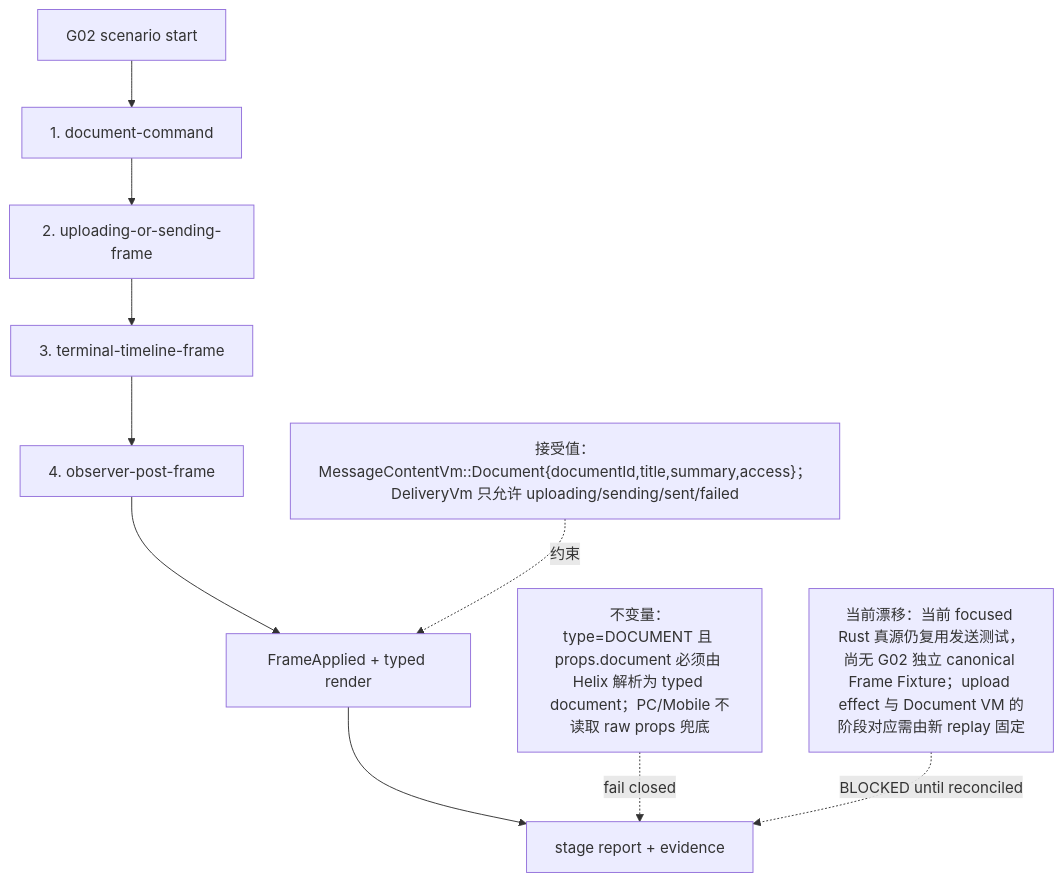
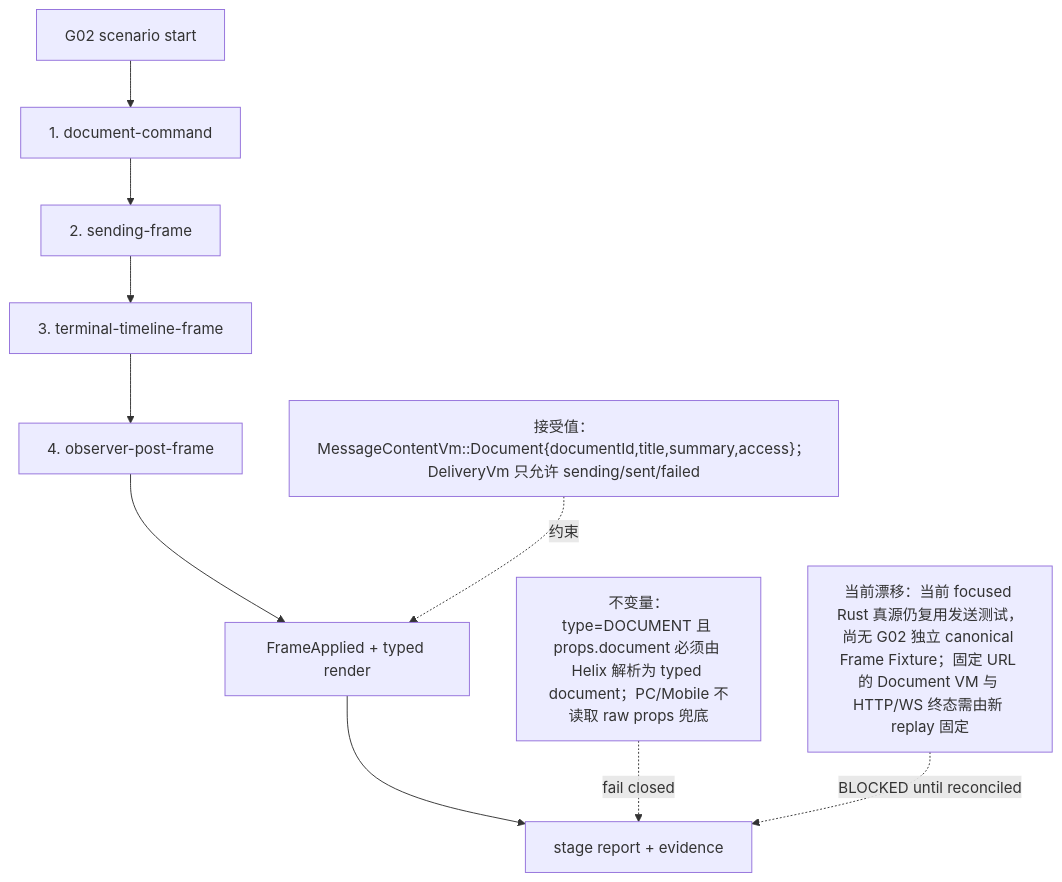
The diagram in docs/interaction-frame-v2-全量替换-按UC/G02/10-G02-Frame阶段与接受值.mmd (zxs1633079383/helix), drawn with Mermaid before and after one commit. The commit also changed 41 other files, not shown here.

```diff
--- a/docs/interaction-frame-v2-全量替换-按UC/G02/10-G02-Frame阶段与接受值.mmd
+++ b/docs/interaction-frame-v2-全量替换-按UC/G02/10-G02-Frame阶段与接受值.mmd
@@ -1,18 +1,18 @@
 flowchart TD
   START["G02 scenario start"] --> S1
   S1["1. document-command"]
-  S2["2. uploading-or-sending-frame"]
+  S2["2. sending-frame"]
   S3["3. terminal-timeline-frame"]
   S4["4. observer-post-frame"]
   S1 --> S2
   S2 --> S3
   S3 --> S4
   S4 --> ACK["FrameApplied + typed render"]
   ACK --> REPORT["stage report + evidence"]
 
-  VALUES["接受值：MessageContentVm::Document{documentId,title,summary,access}；DeliveryVm 只允许 uploading/sending/sent/failed"]
+  VALUES["接受值：MessageContentVm::Document{documentId,title,summary,access}；DeliveryVm 只允许 sending/sent/failed"]
   RULE["不变量：type=DOCUMENT 且 props.document 必须由 Helix 解析为 typed document；PC/Mobile 不读取 raw props 兜底"]
-  DRIFT["当前漂移：当前 focused Rust 真源仍复用发送测试，尚无 G02 独立 canonical Frame Fixture；upload effect 与 Document VM 的阶段对应需由新 replay 固定"]
+  DRIFT["当前漂移：当前 focused Rust 真源仍复用发送测试，尚无 G02 独立 canonical Frame Fixture；固定 URL 的 Document VM 与 HTTP/WS 终态需由新 replay 固定"]
   VALUES -.约束.-> ACK
   RULE -.fail closed.-> REPORT
   DRIFT -.BLOCKED until reconciled.-> REPORT
```
